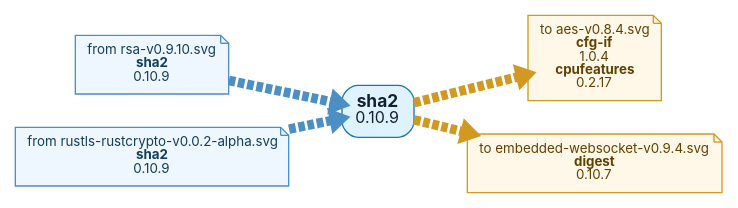
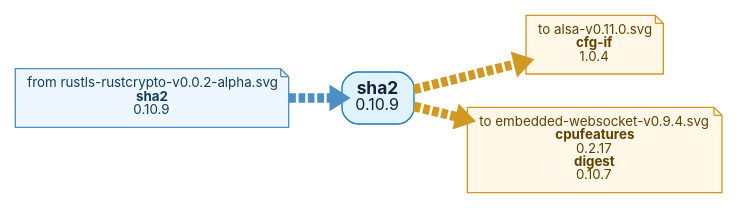
The diagram in tools/depgraph/by-root/sha2-v0.10.9.dot (t4ce/TRUEOS), drawn with Graphviz before and after one commit. The commit also changed 64 other files, not shown here.

```diff
--- a/tools/depgraph/by-root/sha2-v0.10.9.dot
+++ b/tools/depgraph/by-root/sha2-v0.10.9.dot
@@ -1,17 +1,15 @@
 digraph "sha2-v0.10.9" {
   graph [rankdir=LR, bgcolor="white", overlap=false, splines=true, nodesep=0.35, ranksep=0.55];
   node [shape=box, style="rounded,filled", fontname="Inter,Arial", fontsize=10, margin="0.13,0.10", color="#8b9bb0", fillcolor="#f7f9fb", fontcolor="#172033"];
   edge [color="#9aa8b8", arrowsize=0.55, penwidth=7.2];
   n0 [label=<<FONT POINT-SIZE="13"><B>sha2</B></FONT><BR/><FONT POINT-SIZE="12">0.10.9</FONT>>, fillcolor="#dff3ff", color="#1b78a6"];
-  out0 [label=<to aes-v0.8.4.svg<BR/><B>cfg-if</B><BR/>1.0.4<BR/><B>cpufeatures</B><BR/>0.2.17>, shape=note, style="filled", fillcolor="#fff8e8", color="#d19922", fontcolor="#614000"];
+  out0 [label=<to alsa-v0.11.0.svg<BR/><B>cfg-if</B><BR/>1.0.4>, shape=note, style="filled", fillcolor="#fff8e8", color="#d19922", fontcolor="#614000"];
   n0 -> out0 [style=dashed, color="#d19922"];
-  out1 [label=<to embedded-websocket-v0.9.4.svg<BR/><B>digest</B><BR/>0.10.7>, shape=note, style="filled", fillcolor="#fff8e8", color="#d19922", fontcolor="#614000"];
+  out1 [label=<to embedded-websocket-v0.9.4.svg<BR/><B>cpufeatures</B><BR/>0.2.17<BR/><B>digest</B><BR/>0.10.7>, shape=note, style="filled", fillcolor="#fff8e8", color="#d19922", fontcolor="#614000"];
   n0 -> out1 [style=dashed, color="#d19922"];
-  in2 [label=<from rsa-v0.9.10.svg<BR/><B>sha2</B><BR/>0.10.9>, shape=note, style="filled", fillcolor="#eef6ff", color="#4b8fc5", fontcolor="#123d5c"];
+  in2 [label=<from rustls-rustcrypto-v0.0.2-alpha.svg<BR/><B>sha2</B><BR/>0.10.9>, shape=note, style="filled", fillcolor="#eef6ff", color="#4b8fc5", fontcolor="#123d5c"];
   in2 -> n0 [style=dashed, color="#4b8fc5"];
-  in3 [label=<from rustls-rustcrypto-v0.0.2-alpha.svg<BR/><B>sha2</B><BR/>0.10.9>, shape=note, style="filled", fillcolor="#eef6ff", color="#4b8fc5", fontcolor="#123d5c"];
-  in3 -> n0 [style=dashed, color="#4b8fc5"];
   // collapsed leaf ends: 0
   // centered two-input leaves: 0
   // nested two-input leaves: 0
 }
```
